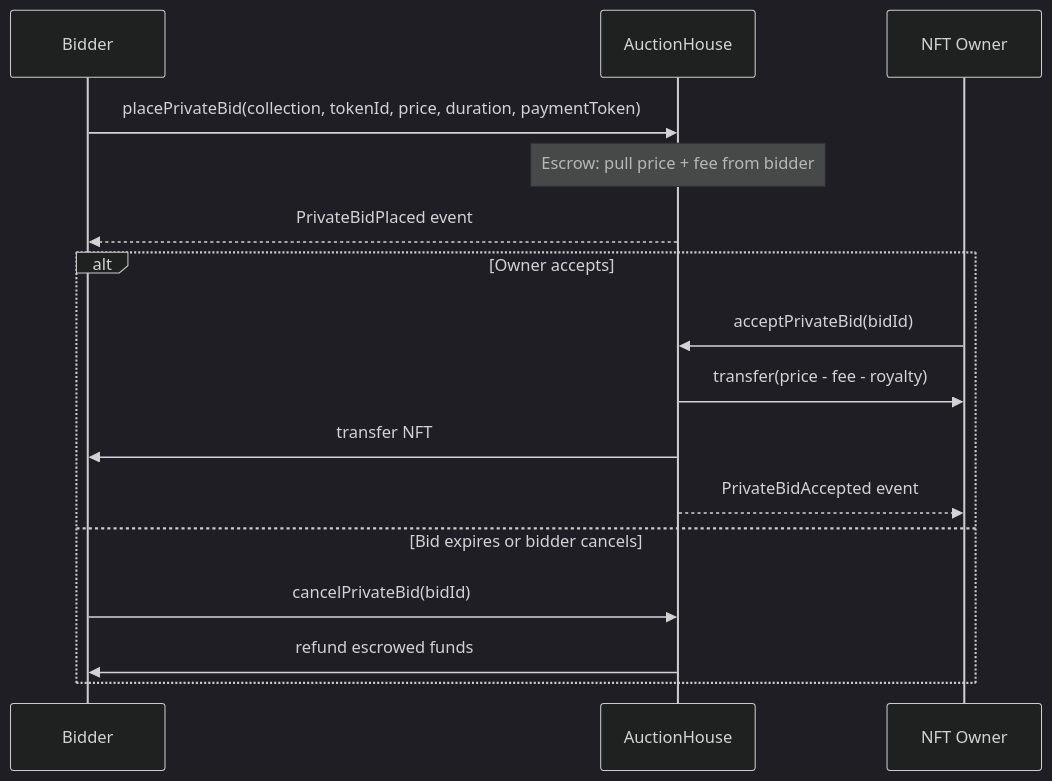
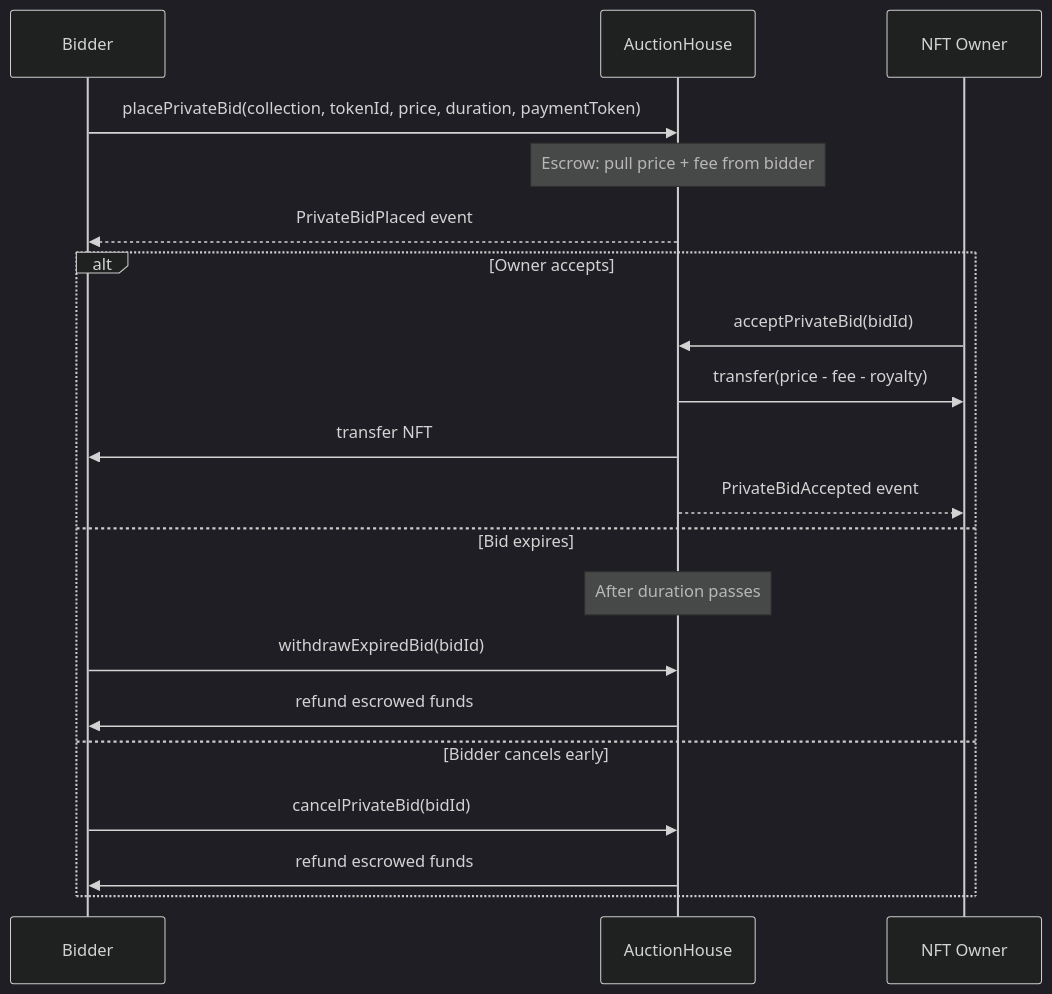
The sixth of 10 diagrams in README.md (blockchainsuperheroes/marketplace-v2-contract), drawn with Mermaid (dark theme) before and after one commit. The commit also changed other lines of this file, not shown here.

````diff
--- a/README.md
+++ b/README.md
@@ -263,20 +295,24 @@
 ```mermaid
 sequenceDiagram
     participant Bidder
     participant Contract as AuctionHouse
     participant Owner as NFT Owner
 
     Bidder->>Contract: placePrivateBid(collection, tokenId, price, duration, paymentToken)
     Note over Contract: Escrow: pull price + fee from bidder
     Contract-->>Bidder: PrivateBidPlaced event
 
     alt Owner accepts
         Owner->>Contract: acceptPrivateBid(bidId)
         Contract->>Owner: transfer(price - fee - royalty)
         Contract->>Bidder: transfer NFT
         Contract-->>Owner: PrivateBidAccepted event
-    else Bid expires or bidder cancels
+    else Bid expires
+        Note over Contract: After duration passes
+        Bidder->>Contract: withdrawExpiredBid(bidId)
+        Contract->>Bidder: refund escrowed funds
+    else Bidder cancels early
         Bidder->>Contract: cancelPrivateBid(bidId)
         Contract->>Bidder: refund escrowed funds
     end
 ```
````
